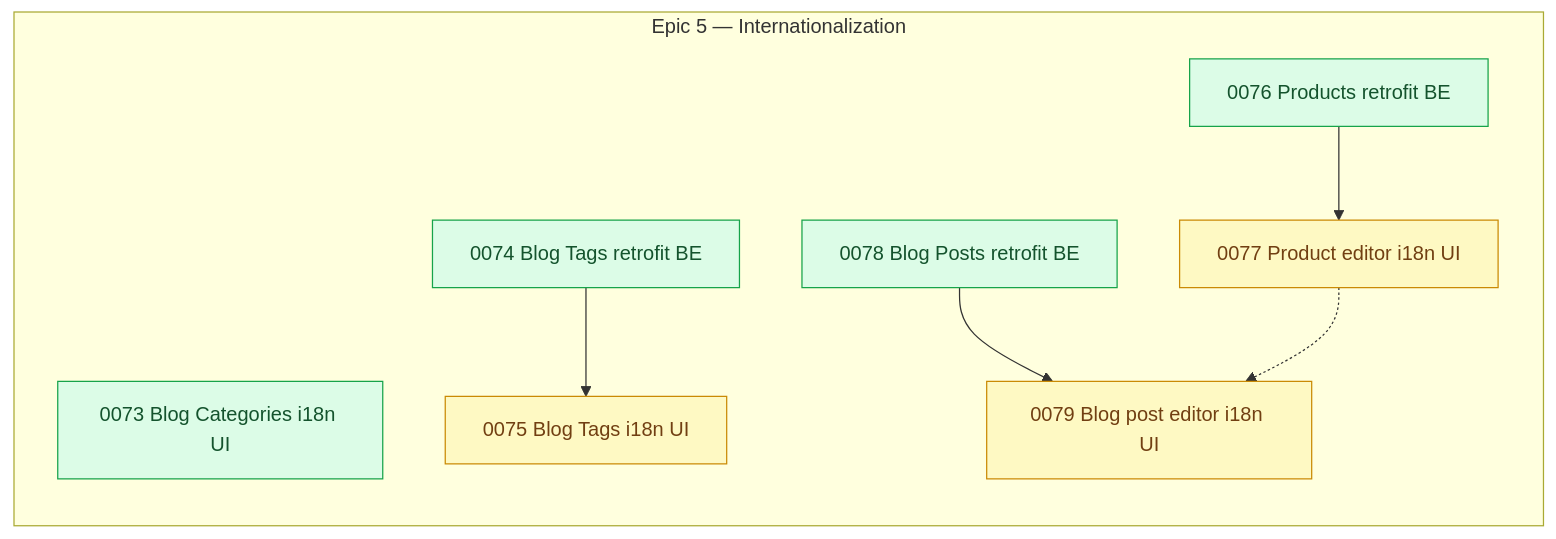
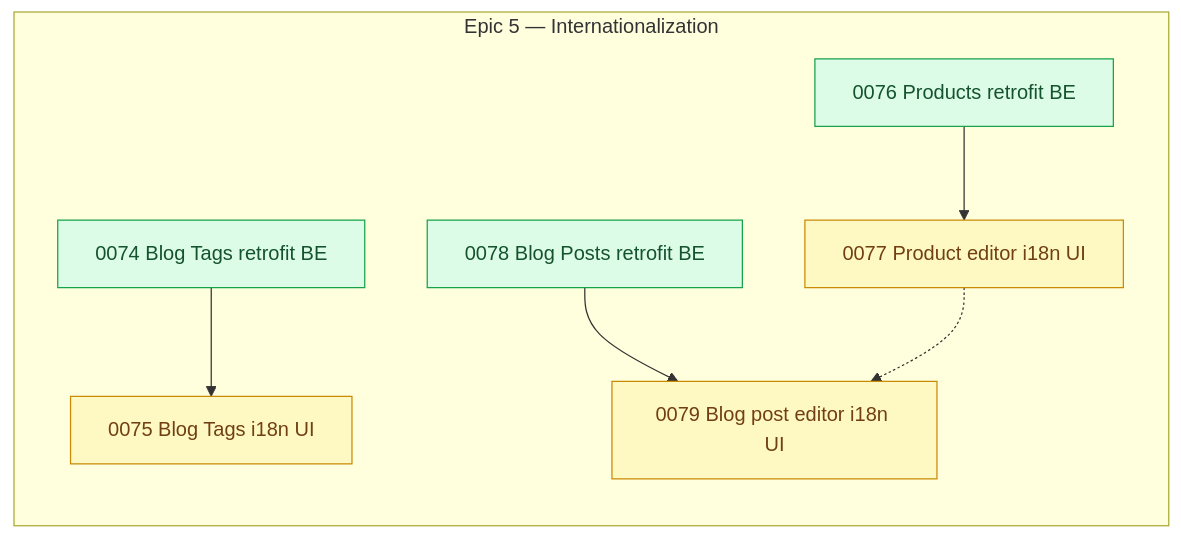
Before and after one commit to shojen/AI4Devs-finalproject: the diagram in arospe/ai-spec/tasks-map.md, drawn with Mermaid. The commit also changed other lines of this file and 5 other files, not shown here.

````diff
--- a/arospe/ai-spec/tasks-map.md
+++ b/arospe/ai-spec/tasks-map.md
@@ -529,7 +532,6 @@
 
     subgraph PEND_I18N["Epic 5 — Internationalization"]
         direction TB
-        P0073["0073 Blog Categories i18n UI"]
         P0074["0074 Blog Tags retrofit BE"]
         P0075["0075 Blog Tags i18n UI"]
         P0076["0076 Products retrofit BE"]
@@ -609,6 +611,7 @@
     %% (P0083 -.-> P0085 and P0083 --> P0086 dropped: 0083 is done; 0086 is now ready.)
 
     class P0075,P0077,P0079 pending;
-    class P0073,P0074,P0076,P0078 ready;
+    class P0074,P0076,P0078 ready;
+    %% (P0073 closed to done/ 2026-10-08; no node remains `claimed`.)
     %% (P0071 --> P0073/P0075/P0079 dropped: 0071 closed to done/ 2026-10-07.)
 ```
````
